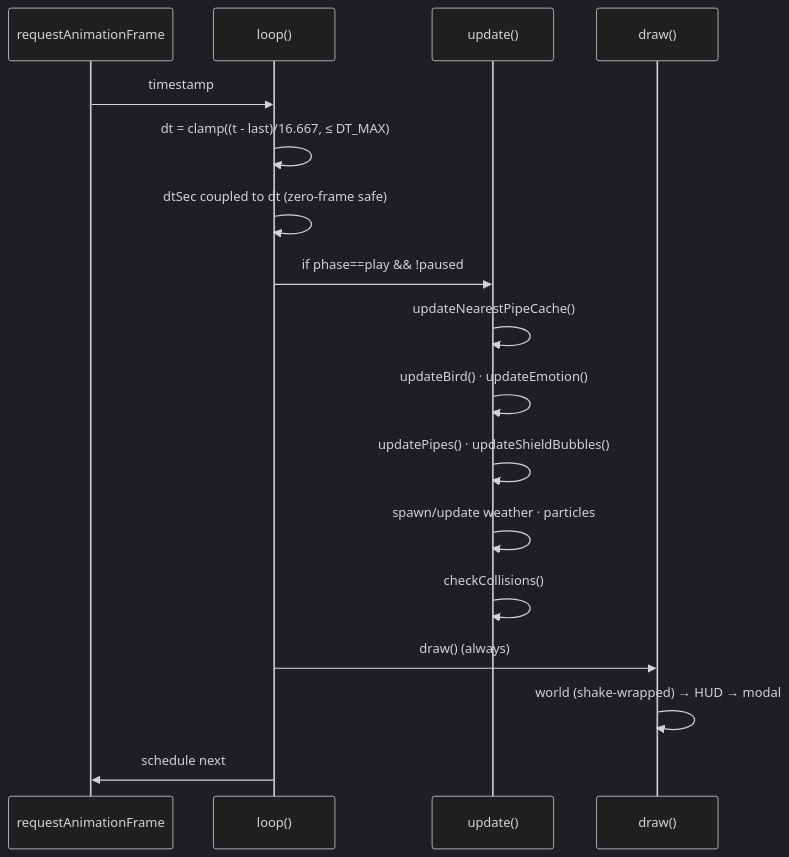
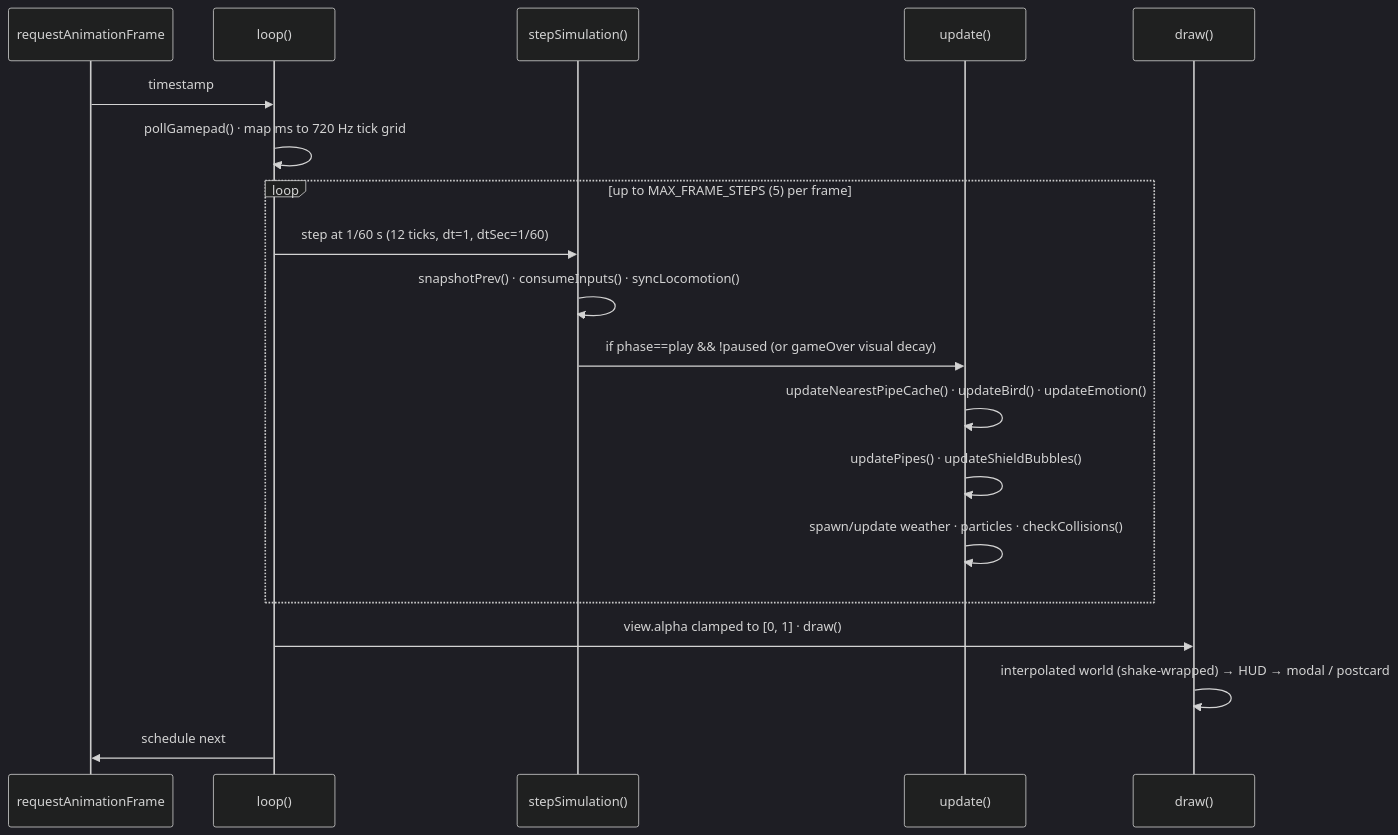
The third of 4 diagrams in docs/ARCHITECTURE.md (0thernes/glidiebirdie), drawn with Mermaid (dark theme) before and after one commit. The commit also changed other lines of this file and 36 other files, not shown here.

````diff
--- a/docs/ARCHITECTURE.md
+++ b/docs/ARCHITECTURE.md
@@ -66,19 +63,21 @@
 ```mermaid
 sequenceDiagram
   participant rAF as requestAnimationFrame
   participant L as loop()
+  participant S as stepSimulation()
   participant U as update()
   participant D as draw()
   rAF->>L: timestamp
-  L->>L: dt = clamp((t - last)/16.667, ≤ DT_MAX)
-  L->>L: dtSec coupled to dt (zero-frame safe)
-  L->>U: if phase==play && !paused
-  U->>U: updateNearestPipeCache()
-  U->>U: updateBird() · updateEmotion()
-  U->>U: updatePipes() · updateShieldBubbles()
-  U->>U: spawn/update weather · particles
-  U->>U: checkCollisions()
-  L->>D: draw() (always)
-  D->>D: world (shake-wrapped) → HUD → modal
+  L->>L: pollGamepad() · map ms to 720 Hz tick grid
+  loop up to MAX_FRAME_STEPS (5) per frame
+    L->>S: step at 1/60 s (12 ticks, dt=1, dtSec=1/60)
+    S->>S: snapshotPrev() · consumeInputs() · syncLocomotion()
+    S->>U: if phase==play && !paused (or gameOver visual decay)
+    U->>U: updateNearestPipeCache() · updateBird() · updateEmotion()
+    U->>U: updatePipes() · updateShieldBubbles()
+    U->>U: spawn/update weather · particles · checkCollisions()
+  end
+  L->>D: view.alpha clamped to [0, 1] · draw()
+  D->>D: interpolated world (shake-wrapped) → HUD → modal / postcard
   L->>rAF: schedule next
 ```
````
